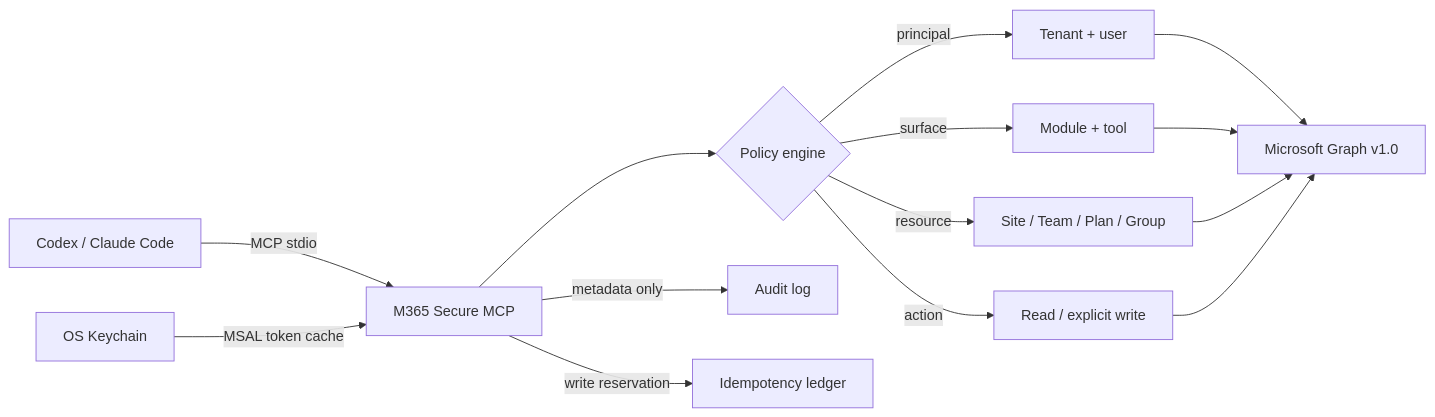
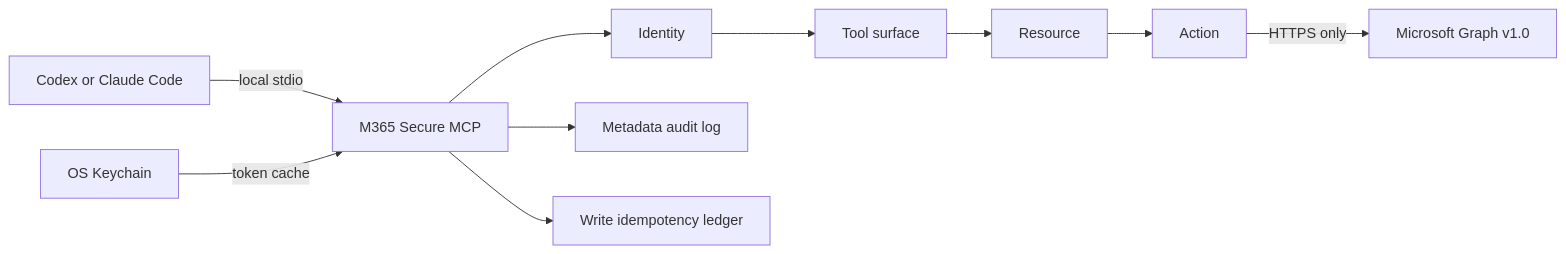
The diagram in README.md (bugroo/m365-secure-mcp), drawn with Mermaid before and after one commit. The commit also changed other lines of this file and 1 other file, not shown here.

````diff
--- a/README.md
+++ b/README.md
@@ -56,13 +28,12 @@
 ```mermaid
 flowchart LR
-    A["Codex / Claude Code"] -->|"MCP stdio"| B["M365 Secure MCP"]
-    B --> C{"Policy engine"}
-    C -->|"principal"| D["Tenant + user"]
-    C -->|"surface"| E["Module + tool"]
-    C -->|"resource"| F["Site / Team / Plan / Group"]
-    C -->|"action"| G["Read / explicit write"]
-    D & E & F & G --> H["Microsoft Graph v1.0"]
-    I["OS Keychain"] -->|"MSAL token cache"| B
-    B -->|"metadata only"| J["Audit log"]
-    B -->|"write reservation"| K["Idempotency ledger"]
+    A["Codex or Claude Code"] -->|"local stdio"| B["M365 Secure MCP"]
+    B --> C["Identity"]
+    C --> D["Tool surface"]
+    D --> E["Resource"]
+    E --> F["Action"]
+    F -->|"HTTPS only"| G["Microsoft Graph v1.0"]
+    H["OS Keychain"] -->|"token cache"| B
+    B --> I["Metadata audit log"]
+    B --> J["Write idempotency ledger"]
 ```
````
